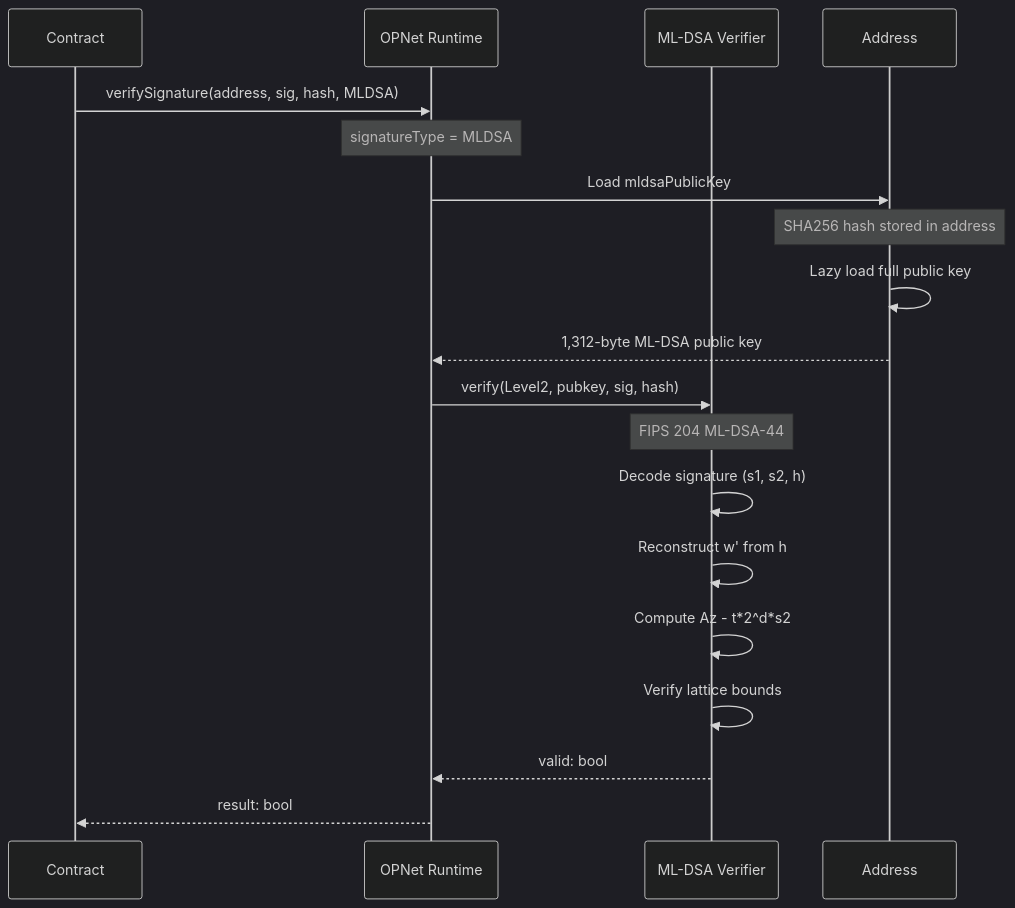
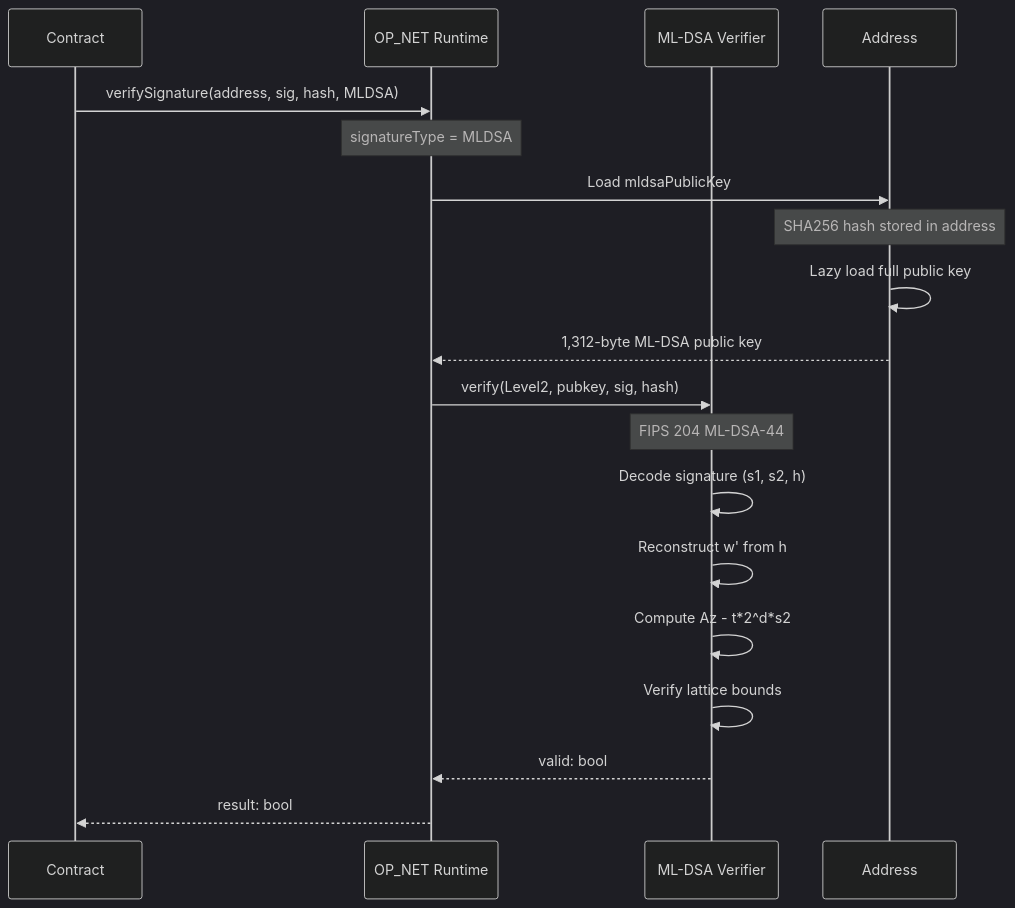
One commit to btc-vision/btc-runtime changed the third of 4 diagrams in docs/advanced/signature-verification.md. Above: the diagram before and after it, drawn with Mermaid. The commit also changed other lines of this file and 46 other files, not shown here.

Commit message:
Change OPNet to OP_NET

````diff
--- a/docs/advanced/signature-verification.md
+++ b/docs/advanced/signature-verification.md
@@ -157,29 +157,29 @@
 ```mermaid
 ---
 config:
   theme: dark
 ---
 sequenceDiagram
     participant Contract as Contract
-    participant Blockchain as OPNet Runtime
+    participant Blockchain as OP_NET Runtime
     participant MLDSAVerifier as ML-DSA Verifier
     participant Address as Address
 
     Contract->>Blockchain: verifySignature(address, sig, hash, MLDSA)
     Note over Blockchain: signatureType = MLDSA
 
     Blockchain->>Address: Load mldsaPublicKey
     Note over Address: SHA256 hash stored in address
     Address->>Address: Lazy load full public key
     Address-->>Blockchain: 1,312-byte ML-DSA public key
 
     Blockchain->>MLDSAVerifier: verify(Level2, pubkey, sig, hash)
     Note over MLDSAVerifier: FIPS 204 ML-DSA-44
     MLDSAVerifier->>MLDSAVerifier: Decode signature (s1, s2, h)
     MLDSAVerifier->>MLDSAVerifier: Reconstruct w' from h
     MLDSAVerifier->>MLDSAVerifier: Compute Az - t*2^d*s2
     MLDSAVerifier->>MLDSAVerifier: Verify lattice bounds
 
     MLDSAVerifier-->>Blockchain: valid: bool
     Blockchain-->>Contract: result: bool
 ```
````
